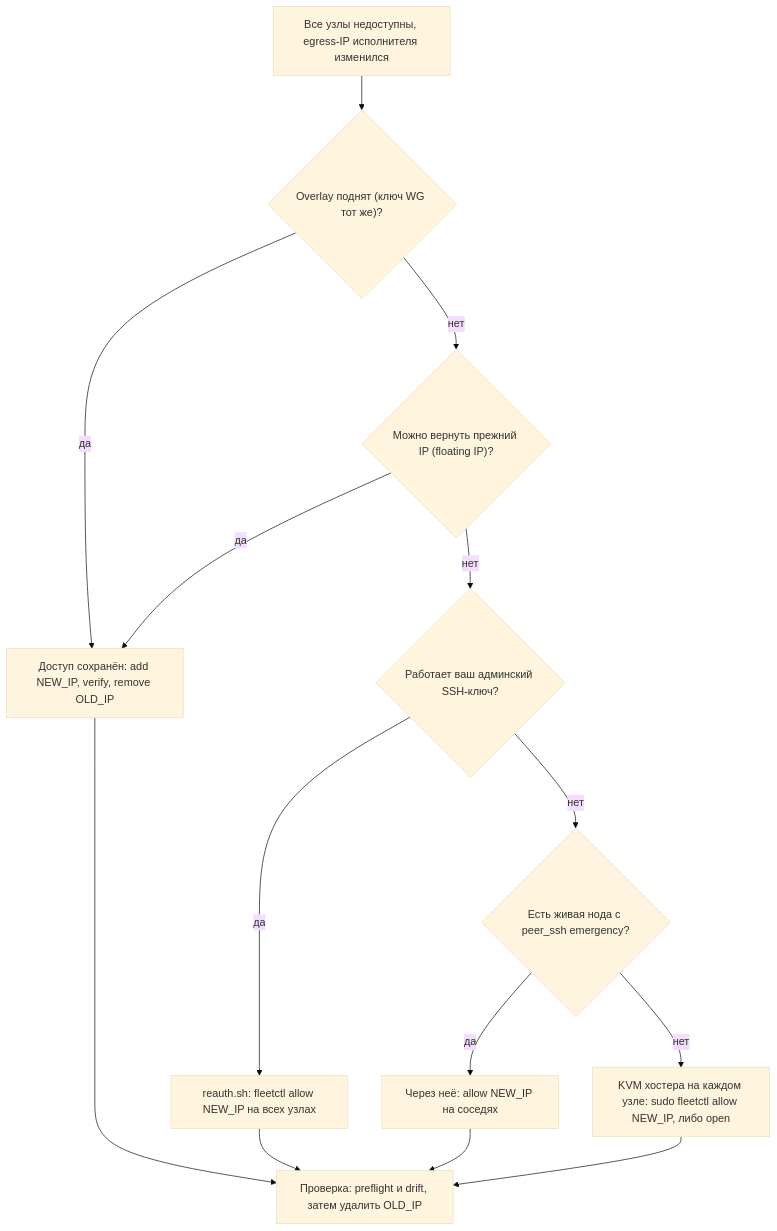
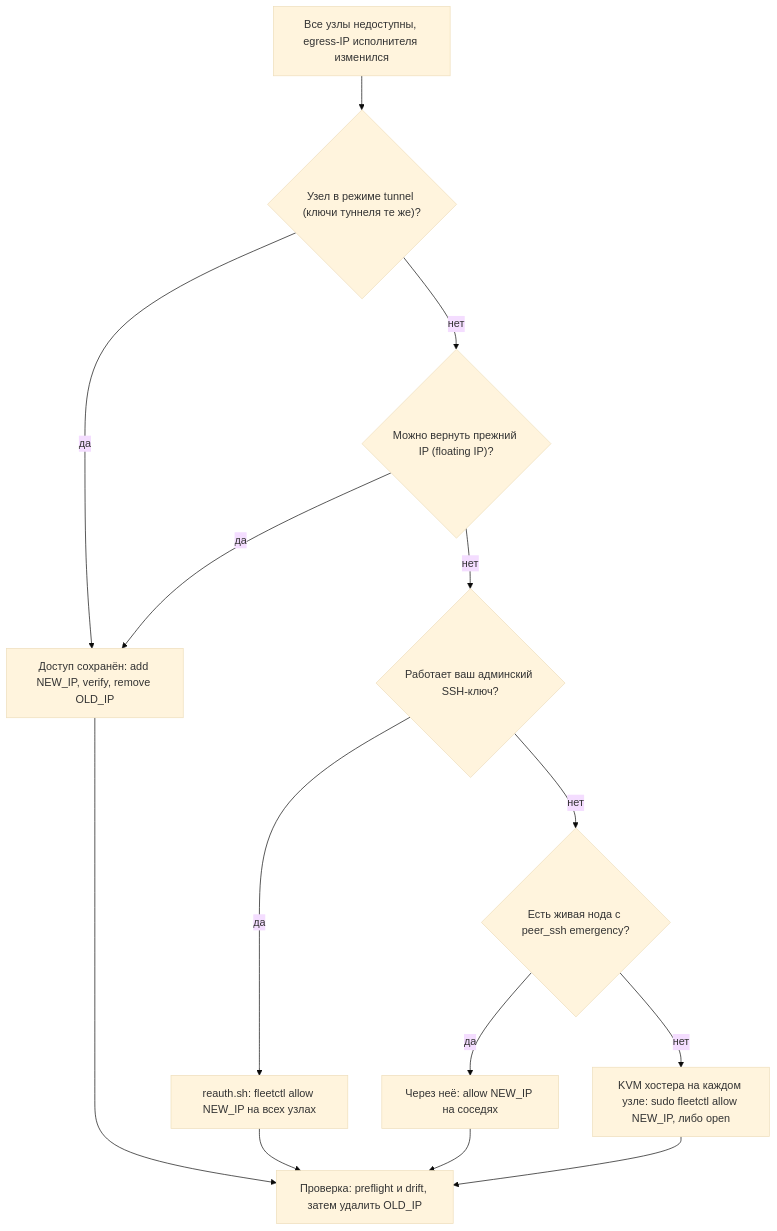
Before and after one commit to deluwr/eskadra: the fifth of 10 diagrams in fleet-ui-architecture.md, drawn with Mermaid (base theme). The commit also changed other lines of this file, not shown here.

````diff
--- a/fleet-ui-architecture.md
+++ b/fleet-ui-architecture.md
@@ -616,16 +664,16 @@
 ```mermaid
 flowchart TD
-  A["Все узлы недоступны, egress-IP исполнителя изменился"] --> B{"Overlay поднят (ключ WG тот же)?"}
+  A["Все узлы недоступны, egress-IP исполнителя изменился"] --> B{"Узел в режиме tunnel (ключи туннеля те же)?"}
   B -->|да| C["Доступ сохранён: add NEW_IP, verify, remove OLD_IP"]
   B -->|нет| D{"Можно вернуть прежний IP (floating IP)?"}
   D -->|да| C
   D -->|нет| E{"Работает ваш админский SSH-ключ?"}
   E -->|да| F["reauth.sh: fleetctl allow NEW_IP на всех узлах"]
   E -->|нет| G{"Есть живая нода с peer_ssh emergency?"}
   G -->|да| H["Через неё: allow NEW_IP на соседях"]
   G -->|нет| I["KVM хостера на каждом узле: sudo fleetctl allow NEW_IP, либо open"]
   F --> J["Проверка: preflight и drift, затем удалить OLD_IP"]
   H --> J
   I --> J
   C --> J
 ```
````
